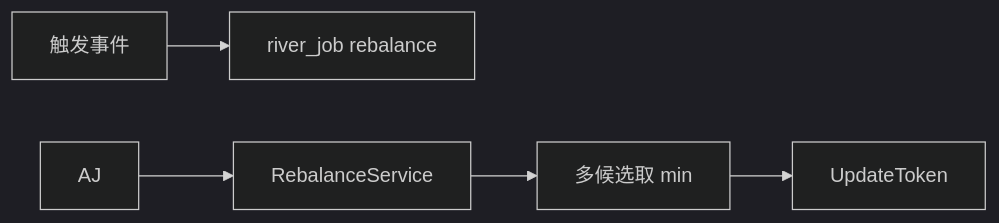
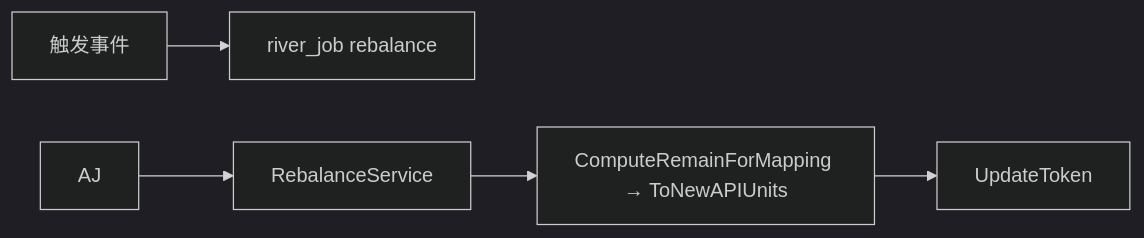
One commit to quyip8818/mytokenjoy changed the eighth of 10 diagrams in docs/Backend-预算.md. Above: the diagram before and after it, drawn with Mermaid (dark theme). The commit also changed other lines of this file and 30 other files, not shown here.

````diff
--- a/docs/Backend-预算.md
+++ b/docs/Backend-预算.md
@@ -331,7 +331,7 @@
 ```mermaid
 flowchart LR
   EVT[触发事件] --> RJ[river_job rebalance]
   AJ --> RB[RebalanceService]
-  RB --> MIN[多候选取 min]
-  MIN --> NA[UpdateToken]
+  RB --> CALC[ComputeRemainForMapping → ToNewAPIUnits]
+  CALC --> NA[UpdateToken]
 ```
````
